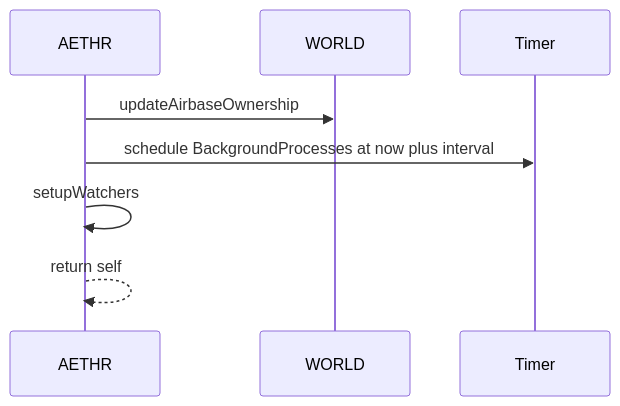
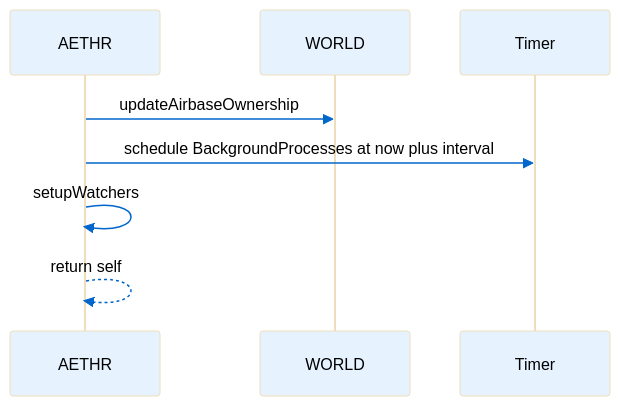
One commit to Gh0st352/AETHR changed the second of 3 diagrams in docs/aethr/startup_and_watchers.md. Above: the diagram before and after it, drawn with Mermaid. The commit also changed other lines of this file and 8 other files, not shown here.

Commit message:
docs: enhance documentation with detailed flowcharts and sequence diagrams for initialization, instance creation, module wiring, user storage, and background processes

````diff
--- a/docs/aethr/startup_and_watchers.md
+++ b/docs/aethr/startup_and_watchers.md
@@ -27,10 +36,11 @@
 ```mermaid
+%%{init: {"theme":"base","themeVariables":{"actorBkg":"#e6f3ff","actorTextColor":"#000","lineColor":"#495057","signalColor":"#0066cc","signalTextColor":"#000","fontSize":"14px"}}}%%
 sequenceDiagram
   participant A as AETHR
   participant W as WORLD
   participant T as Timer
   A->>W: updateAirbaseOwnership
   A->>T: schedule BackgroundProcesses at now plus interval
   A->>A: setupWatchers
   A-->>A: return self
 ```
````
